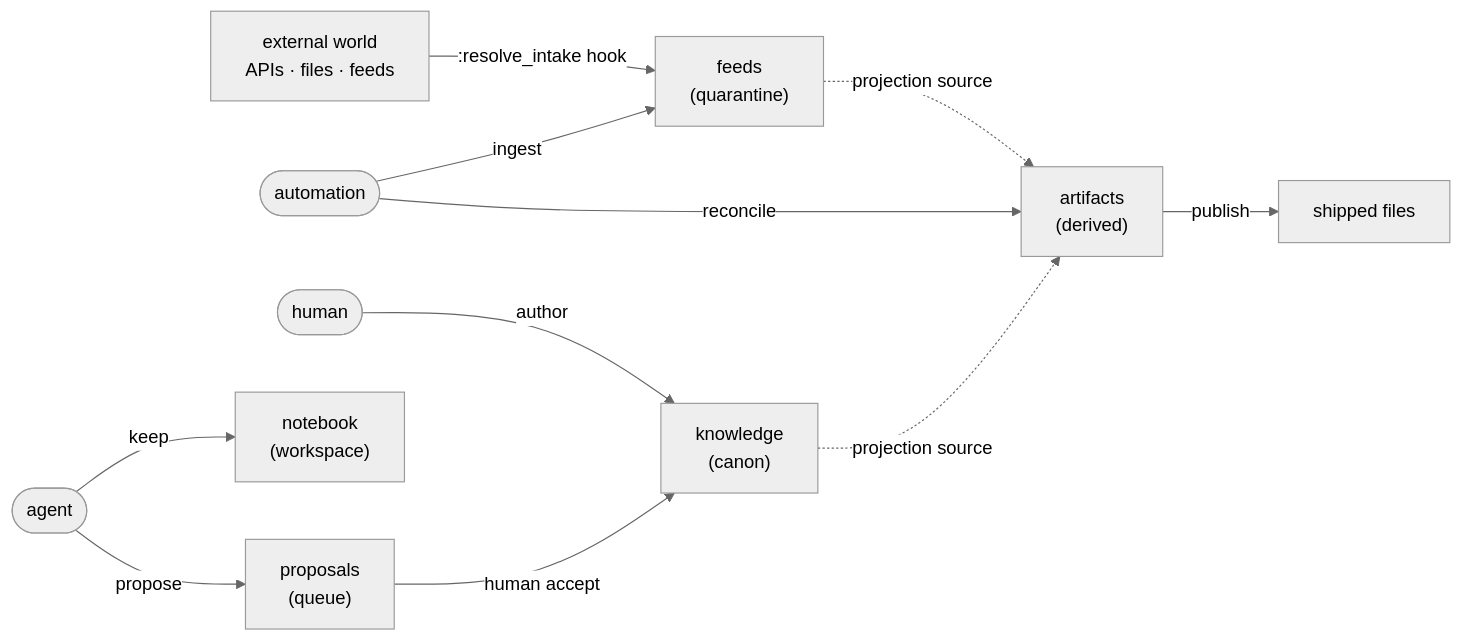
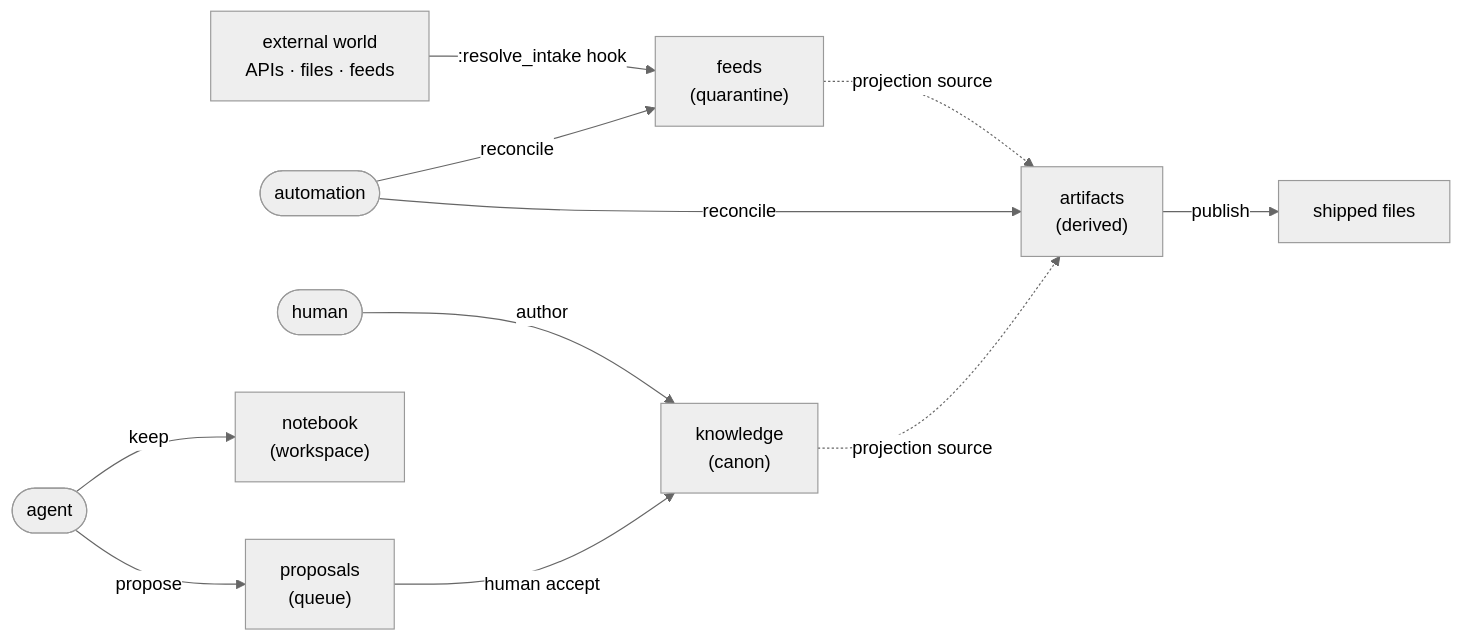
The first of 2 diagrams in .textus/zones/knowledge/explanation/concepts.md (patrick204nqh/textus), drawn with Mermaid (neutral theme) before and after one commit. The commit also changed other lines of this file and 86 other files, not shown here.

````diff
--- a/.textus/zones/knowledge/explanation/concepts.md
+++ b/.textus/zones/knowledge/explanation/concepts.md
@@ -21,13 +21,13 @@
 ```mermaid
 flowchart LR
     ext["external world<br/>APIs · files · feeds"] -->|:resolve_intake hook| feeds["feeds<br/>(quarantine)"]
-    automation(["automation"]) -->|ingest| feeds
+    automation(["automation"]) -->|reconcile| feeds
     human(["human"]) -->|author| knowledge["knowledge<br/>(canon)"]
     agent(["agent"]) -->|keep| notebook["notebook<br/>(workspace)"]
     agent -->|propose| proposals["proposals<br/>(queue)"]
     proposals -->|human accept| knowledge
     automation -->|reconcile| artifacts["artifacts<br/>(derived)"]
     feeds -.->|projection source| artifacts
     knowledge -.->|projection source| artifacts
     artifacts -->|publish| files["shipped files"]
 ```
````
